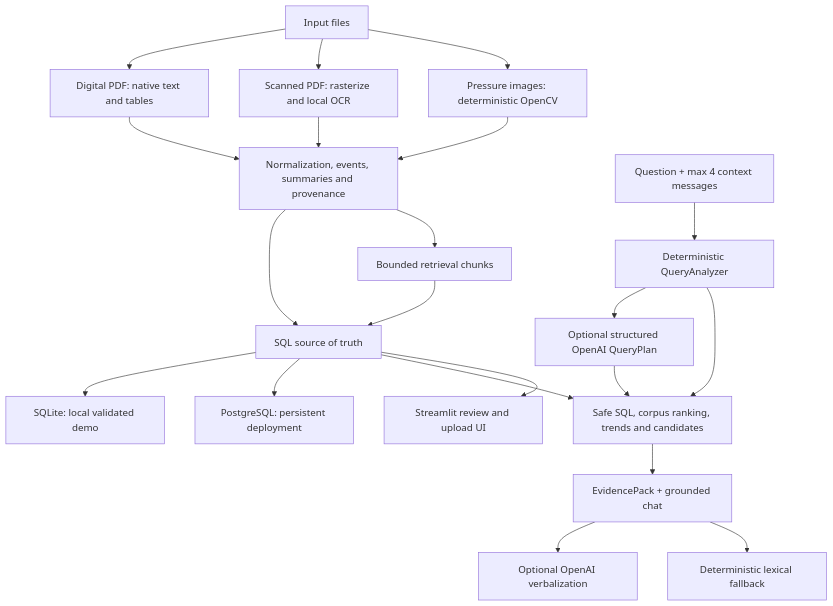
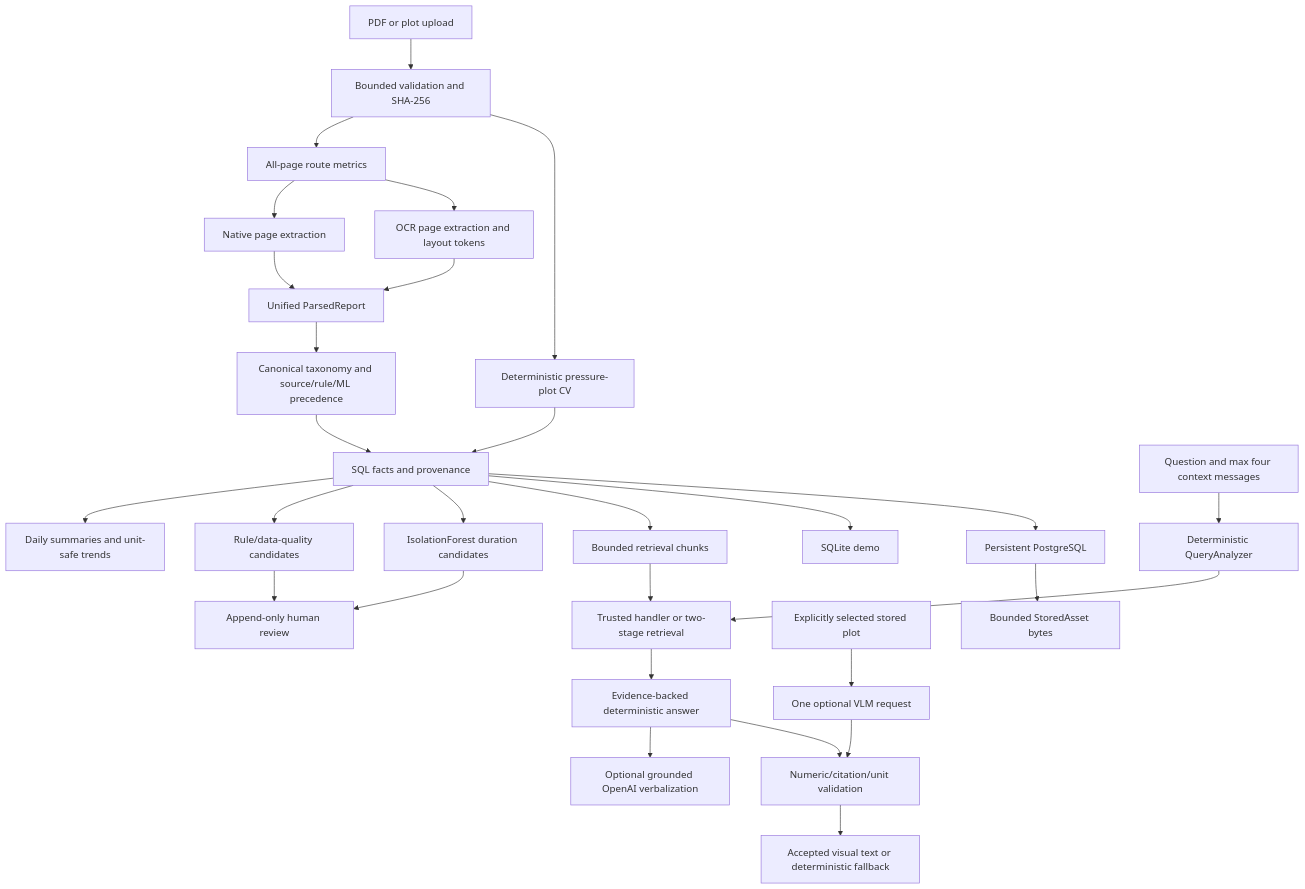
The diagram in ddr_ai_system/docs/ARCHITECTURE.md (qurbaneliii/ddr-ai-system), drawn with Mermaid before and after one commit. The commit also changed other lines of this file and 8 other files, not shown here.

````diff
--- a/ddr_ai_system/docs/ARCHITECTURE.md
+++ b/ddr_ai_system/docs/ARCHITECTURE.md
@@ -3,23 +3,31 @@
 ```mermaid
 flowchart TD
-    A["Input files"] --> B["Digital PDF: native text and tables"]
-    A --> C["Scanned PDF: rasterize and local OCR"]
-    A --> D["Pressure images: deterministic OpenCV"]
-    B --> E["Normalization, events, summaries and provenance"]
-    C --> E
-    D --> E
-    E --> F["SQL source of truth"]
-    E --> R["Bounded retrieval chunks"]
-    R --> F
-    F --> G["SQLite: local validated demo"]
-    F --> H["PostgreSQL: persistent deployment"]
-    F --> I["Safe SQL, corpus ranking, trends and candidates"]
-    Q["Question + max 4 context messages"] --> P["Deterministic QueryAnalyzer"]
-    P --> N["Optional structured OpenAI QueryPlan"]
-    P --> I
-    N --> I
-    I --> J["EvidencePack + grounded chat"]
-    J --> K["Optional OpenAI verbalization"]
-    J --> L["Deterministic lexical fallback"]
-    F --> M["Streamlit review and upload UI"]
+    A["PDF or plot upload"] --> B["Bounded validation and SHA-256"]
+    B --> C["All-page route metrics"]
+    C --> D["Native page extraction"]
+    C --> E["OCR page extraction and layout tokens"]
+    D --> F["Unified ParsedReport"]
+    E --> F
+    B --> G["Deterministic pressure-plot CV"]
+    F --> H["Canonical taxonomy and source/rule/ML precedence"]
+    H --> I["SQL facts and provenance"]
+    G --> I
+    I --> J["Daily summaries and unit-safe trends"]
+    I --> K["Rule/data-quality candidates"]
+    I --> L["IsolationForest duration candidates"]
+    K --> M["Append-only human review"]
+    L --> M
+    I --> N["Bounded retrieval chunks"]
+    Q["Question and max four context messages"] --> O["Deterministic QueryAnalyzer"]
+    O --> P["Trusted handler or two-stage retrieval"]
+    N --> P
+    P --> R["Evidence-backed deterministic answer"]
+    R --> S["Optional grounded OpenAI verbalization"]
+    T["Explicitly selected stored plot"] --> U["One optional VLM request"]
+    U --> V["Numeric/citation/unit validation"]
+    R --> V
+    V --> W["Accepted visual text or deterministic fallback"]
+    I --> X["SQLite demo"]
+    I --> Y["Persistent PostgreSQL"]
+    Y --> Z["Bounded StoredAsset bytes"]
 ```
````
